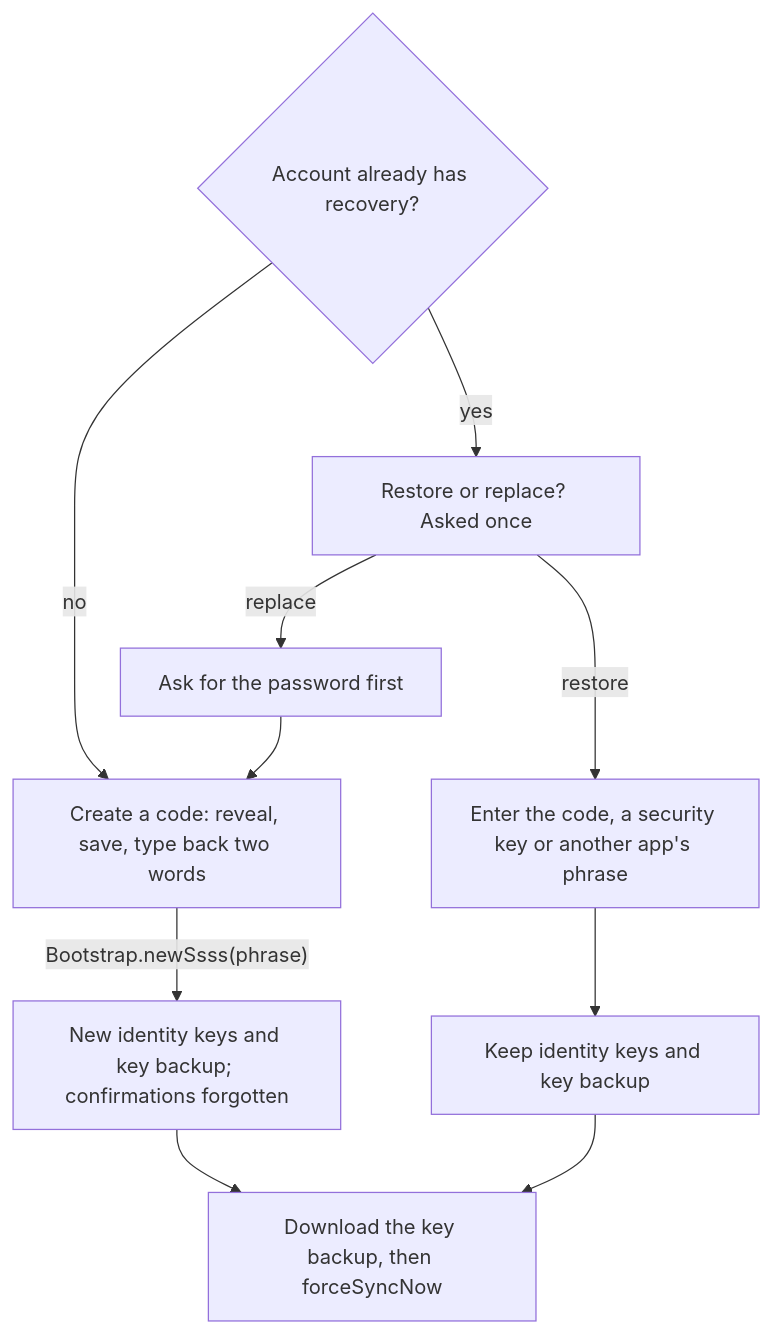
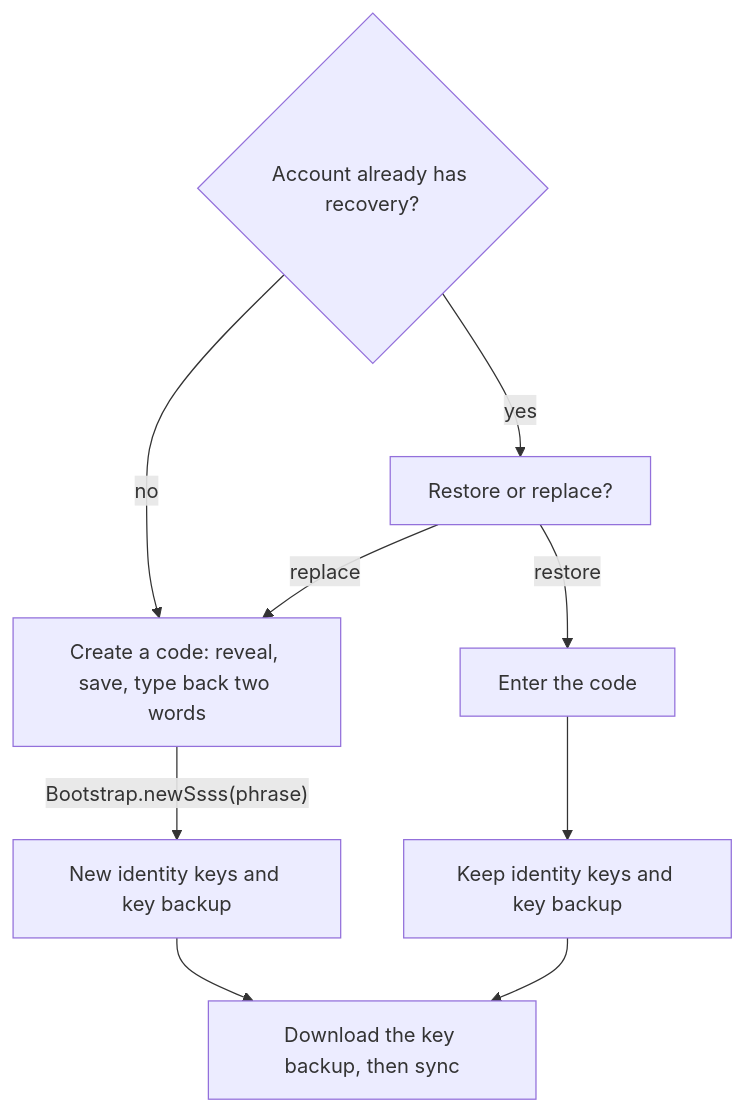
One commit to Zuno-Chat/zuno-chat changed the diagram in docs/features/security-verification.md. Above: the diagram before and after it, drawn with Mermaid. The commit also changed other lines of this file and 17 other files, not shown here.

````diff
--- a/docs/features/security-verification.md
+++ b/docs/features/security-verification.md
@@ -79,12 +76,12 @@
 ```mermaid
 flowchart TD
     start{"Account already has recovery?"}
     start -->|no| create["Create a code: reveal, save, type back two words"]
-    start -->|yes| choice["Restore or replace? Asked once"]
-    choice -->|restore| enter["Enter the code, a security key or another app's phrase"]
-    choice -->|replace| password["Ask for the password first"] --> create
-    create -->|"Bootstrap.newSsss(phrase)"| fresh["New identity keys and key backup; confirmations forgotten"]
+    start -->|yes| choice["Restore or replace?"]
+    choice -->|restore| enter["Enter the code"]
+    choice -->|replace| create
+    create -->|"Bootstrap.newSsss(phrase)"| fresh["New identity keys and key backup"]
     enter --> keep["Keep identity keys and key backup"]
-    fresh --> after["Download the key backup, then forceSyncNow"]
+    fresh --> after["Download the key backup, then sync"]
     keep --> after
 ```
````
